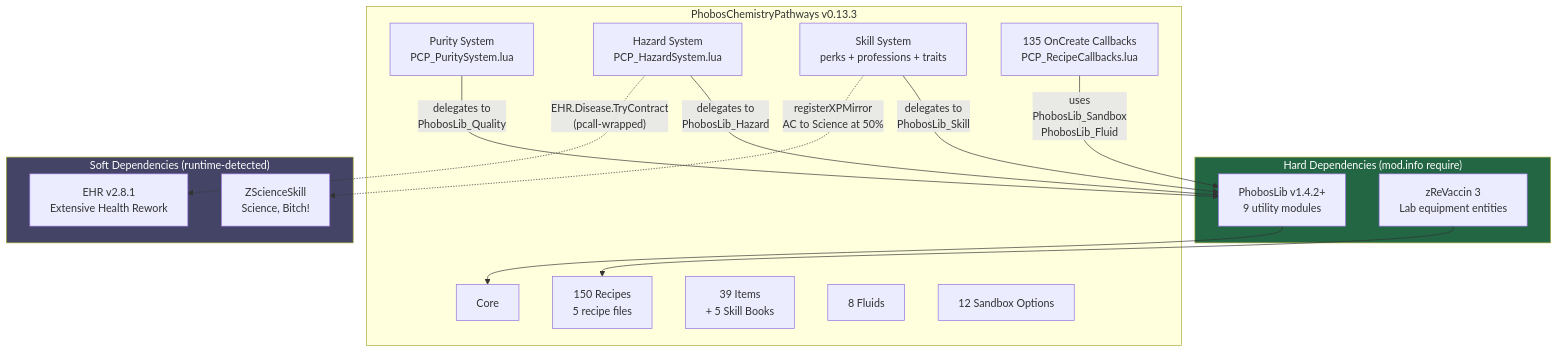
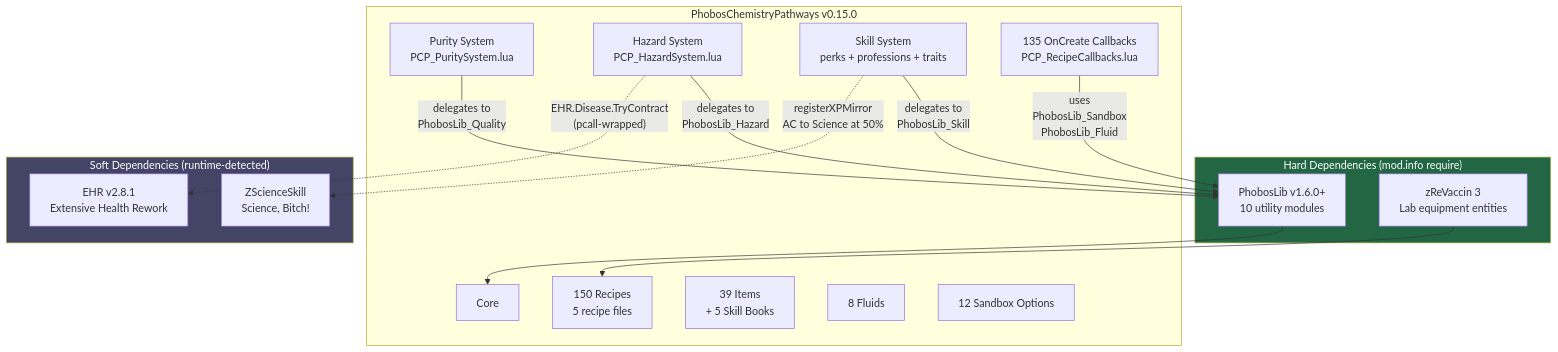
One commit to phobos-dthorga/mod-pz-chemistry-pathways changed the first of 5 diagrams in docs/diagrams/architecture.md. Above: the diagram before and after it, drawn with Mermaid. The commit also changed other lines of this file and 7 other files, not shown here.

````diff
--- a/docs/diagrams/architecture.md
+++ b/docs/diagrams/architecture.md
@@ -7,38 +7,38 @@
 ```mermaid
 graph TB
     subgraph HARD["Hard Dependencies (mod.info require)"]
-        PL["PhobosLib v1.4.2+<br/>9 utility modules"]
+        PL["PhobosLib v1.6.0+<br/>10 utility modules"]
         ZR["zReVaccin 3<br/>Lab equipment entities"]
     end
 
-    subgraph PCP["PhobosChemistryPathways v0.13.3"]
+    subgraph PCP["PhobosChemistryPathways v0.15.0"]
         CORE["Core"]
         REC["150 Recipes<br/>5 recipe files"]
         ITEMS["39 Items<br/>+ 5 Skill Books"]
         FLUIDS["8 Fluids"]
         SB["12 Sandbox Options"]
         PURITY["Purity System<br/>PCP_PuritySystem.lua"]
         HAZARD["Hazard System<br/>PCP_HazardSystem.lua"]
         SKILL["Skill System<br/>perks + professions + traits"]
         CALLBACKS["135 OnCreate Callbacks<br/>PCP_RecipeCallbacks.lua"]
     end
 
     subgraph SOFT["Soft Dependencies (runtime-detected)"]
         ZSS["ZScienceSkill<br/>Science, Bitch!"]
         EHR["EHR v2.8.1<br/>Extensive Health Rework"]
     end
 
     PL --> CORE
     ZR --> REC
 
     PURITY -->|"delegates to<br/>PhobosLib_Quality"| PL
     HAZARD -->|"delegates to<br/>PhobosLib_Hazard"| PL
     SKILL -->|"delegates to<br/>PhobosLib_Skill"| PL
     CALLBACKS -->|"uses<br/>PhobosLib_Sandbox<br/>PhobosLib_Fluid"| PL
 
     HAZARD -.->|"EHR.Disease.TryContract<br/>(pcall-wrapped)"| EHR
     SKILL -.->|"registerXPMirror<br/>AC to Science at 50%"| ZSS
 
     style HARD fill:#264,color:#fff
     style SOFT fill:#446,color:#fff
 ```
````
